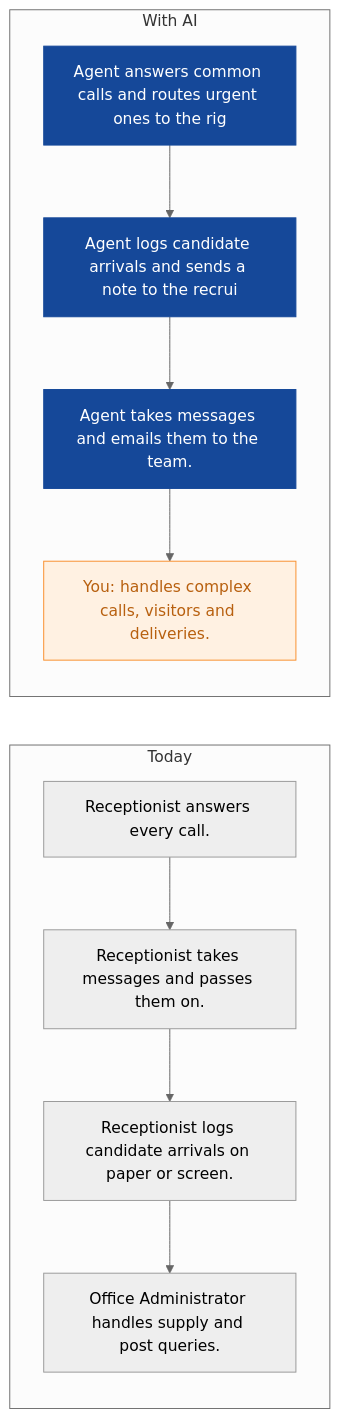
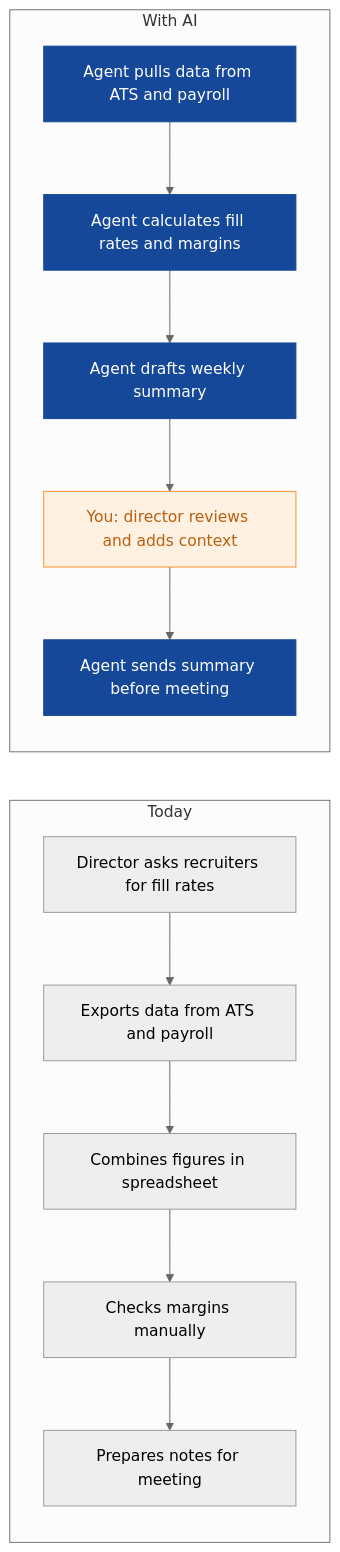
One commit to nexibeo/Complete-AI-Strategy changed the ninth of 9 diagrams in strategies/cobalt-crew-recruitment.md. Above: the diagram before and after it, drawn with Mermaid (neutral theme). The commit also changed other lines of this file and 26 other files, not shown here.

````diff
--- a/strategies/cobalt-crew-recruitment.md
+++ b/strategies/cobalt-crew-recruitment.md
@@ -264,21 +285,23 @@
 ```mermaid
 flowchart LR
   subgraph Today
-    B0["Receptionist answers every call."]
-    B1["Receptionist takes messages and passes them on."]
-    B2["Receptionist logs candidate arrivals on paper or screen."]
-    B3["Office Administrator handles supply and post queries."]
-    B0 --> B1 --> B2 --> B3
+    B0["Director asks recruiters for fill rates"]
+    B1["Exports data from ATS and payroll"]
+    B2["Combines figures in spreadsheet"]
+    B3["Checks margins manually"]
+    B4["Prepares notes for meeting"]
+    B0 --> B1 --> B2 --> B3 --> B4
   end
   subgraph WithAI[With AI]
-    A0["Agent answers common calls and routes urgent ones to the rig"]
-    A1["Agent logs candidate arrivals and sends a note to the recrui"]
-    A2["Agent takes messages and emails them to the team."]
-    A3["You: handles complex calls, visitors and deliveries."]
-    A0 --> A1 --> A2 --> A3
+    A0["Agent pulls data from ATS and payroll"]
+    A1["Agent calculates fill rates and margins"]
+    A2["Agent drafts weekly summary"]
+    A3["You: director reviews and adds context"]
+    A4["Agent sends summary before meeting"]
+    A0 --> A1 --> A2 --> A3 --> A4
   end
   classDef ai fill:#154899,color:#fff,stroke:#154899
   classDef human fill:#FFF1E2,color:#B8600F,stroke:#F98F2C
-  class A0,A1,A2 ai
+  class A0,A1,A2,A4 ai
   class A3 human
 ```
````
